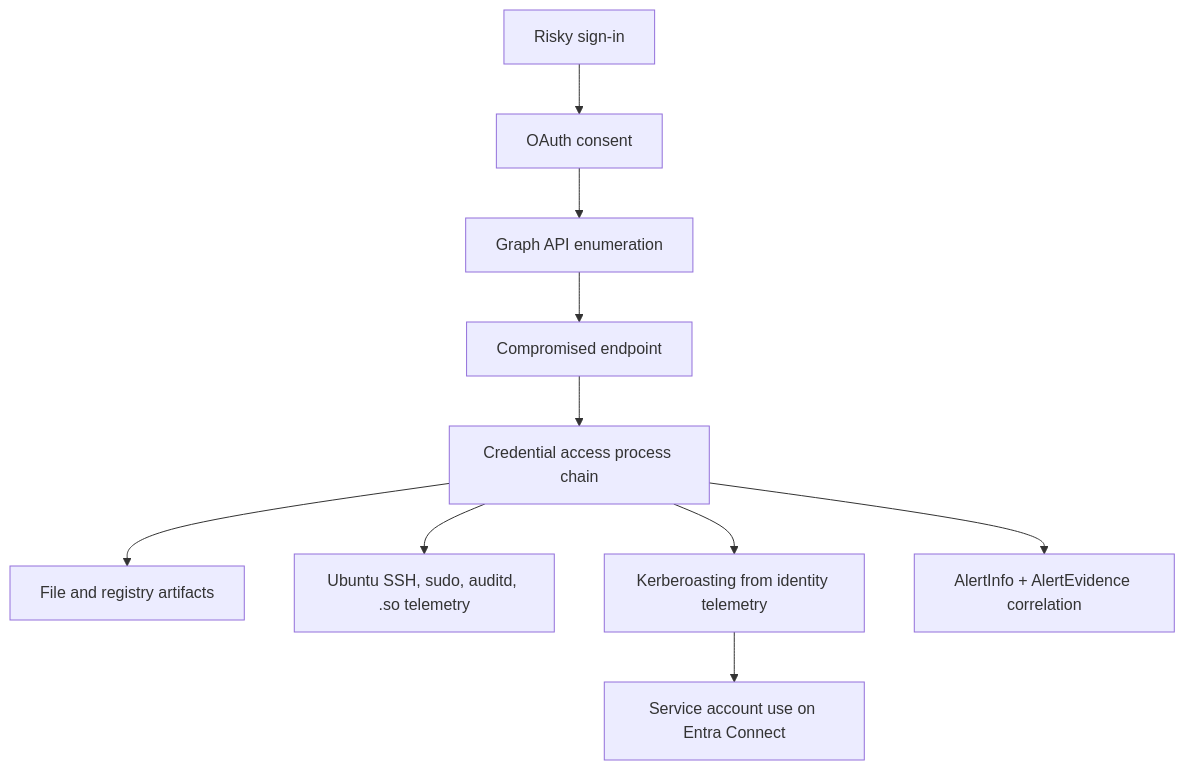
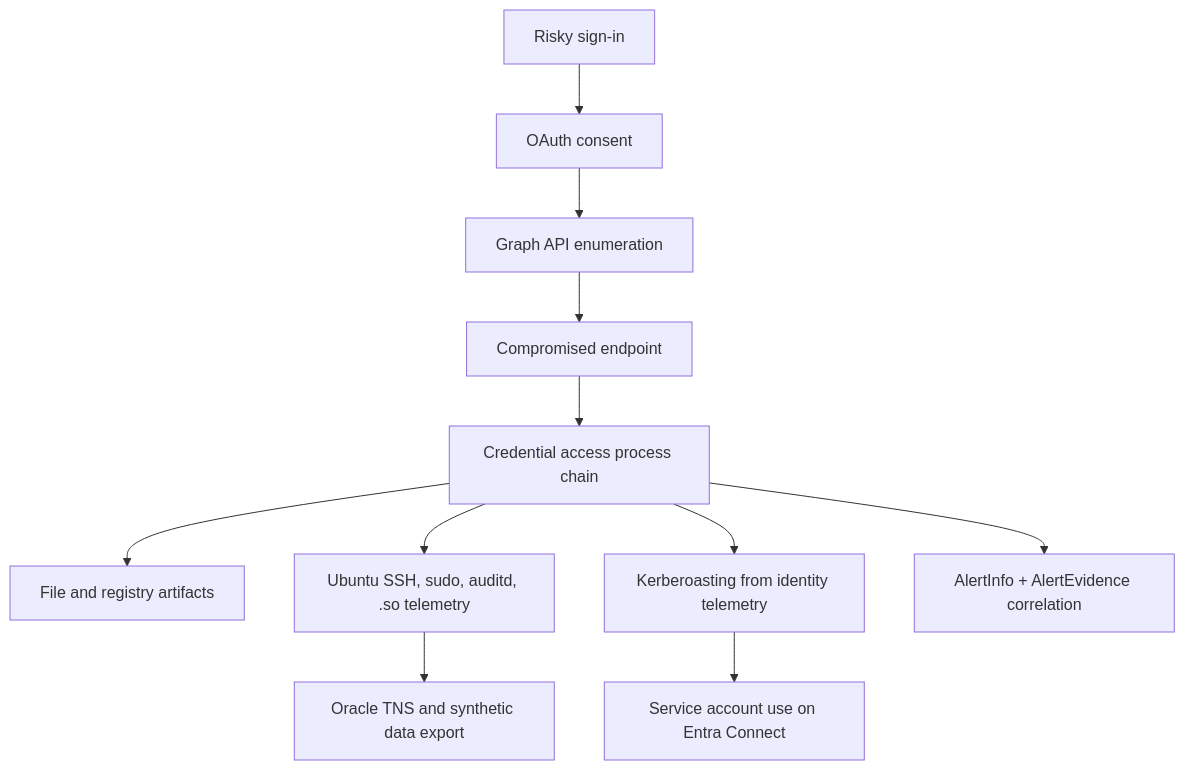
One commit to dcodev1702/Cyber-Defense-Workshop-ADX changed the third of 3 diagrams in docs/diagrams.md. Above: the diagram before and after it, drawn with Mermaid. The commit also changed other lines of this file and 50 other files, not shown here.

````diff
--- a/docs/diagrams.md
+++ b/docs/diagrams.md
@@ -63,12 +68,13 @@
 ```mermaid
 flowchart TD
     A[Risky sign-in] --> B[OAuth consent]
     B --> C[Graph API enumeration]
     C --> D[Compromised endpoint]
     D --> E[Credential access process chain]
     E --> F[File and registry artifacts]
     E --> L[Ubuntu SSH, sudo, auditd, .so telemetry]
+    L --> O[Oracle TNS and synthetic data export]
     E --> G[Kerberoasting from identity telemetry]
     G --> H[Service account use on Entra Connect]
     E --> I[AlertInfo + AlertEvidence correlation]
 ```
````
